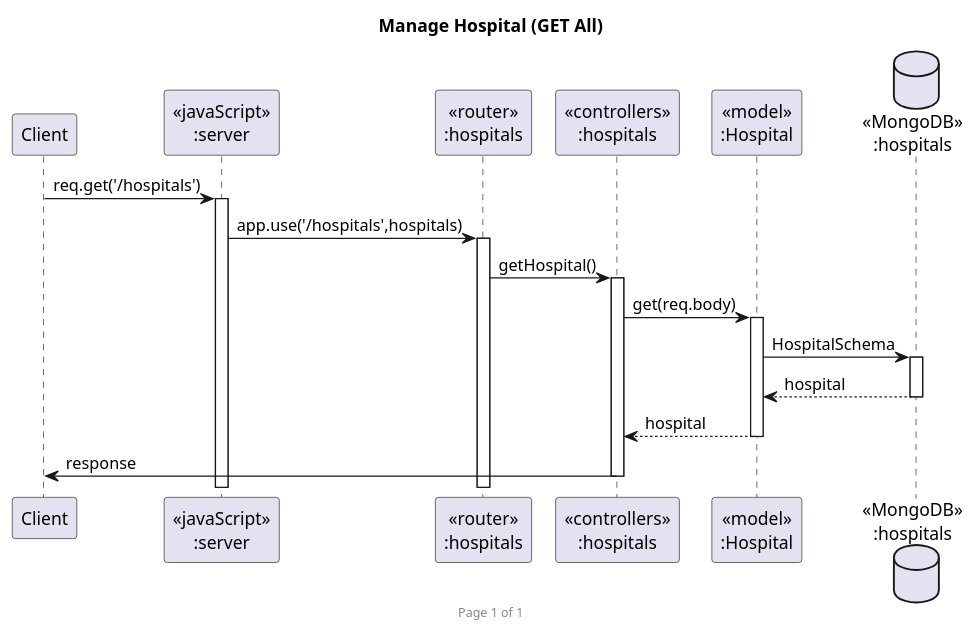
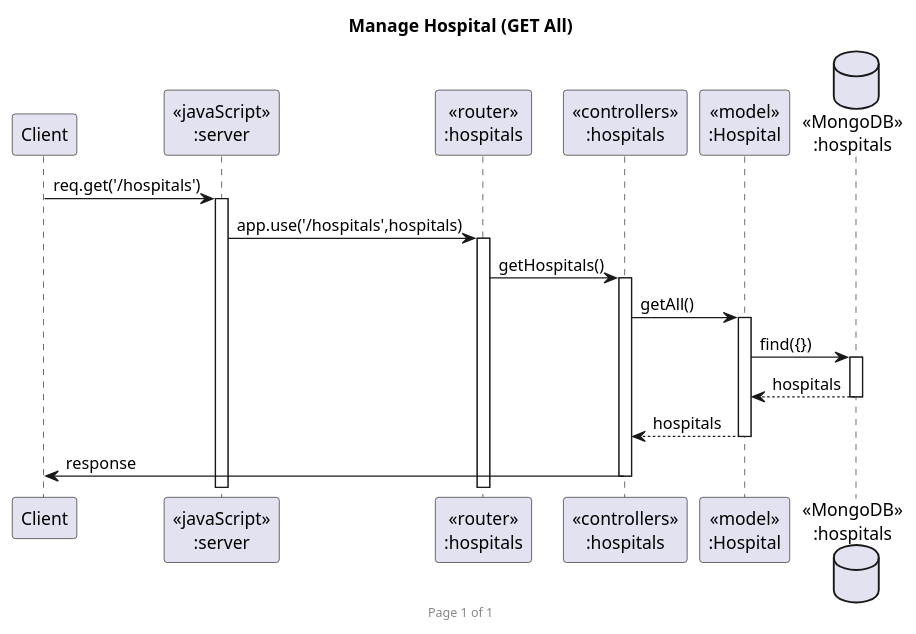
The diagram in VacQ/VacQSeq_getall.puml (JirayutP/SE_Dev), drawn with PlantUML before and after one commit. The commit also changed 5 other files, not shown here.

```diff
--- a/VacQ/VacQSeq_getall.puml
+++ b/VacQ/VacQSeq_getall.puml
@@ -1,22 +1,22 @@
 @startuml Manage Hospital (GET All)
 
 footer Page %page% of %lastpage%
 title "Manage Hospital (GET All)"
 
 participant "Client" as client
 participant "<<javaScript>>\n:server" as server
 participant "<<router>>\n:hospitals" as routerHospitals
 participant "<<controllers>>\n:hospitals" as controllersHospitals
 participant "<<model>>\n:Hospital" as modelHospital
 database "<<MongoDB>>\n:hospitals" as HospitalsDatabase
 
 client->server ++:req.get('/hospitals')
 server->routerHospitals ++:app.use('/hospitals',hospitals)
-routerHospitals -> controllersHospitals ++:getHospital()
-controllersHospitals->modelHospital ++:get(req.body)
-modelHospital ->HospitalsDatabase ++: HospitalSchema
-HospitalsDatabase --> modelHospital --: hospital
-controllersHospitals <-- modelHospital --:hospital
+routerHospitals -> controllersHospitals ++:getHospitals()
+controllersHospitals->modelHospital ++:getAll()
+modelHospital ->HospitalsDatabase ++: find({})
+HospitalsDatabase --> modelHospital --: hospitals
+controllersHospitals <-- modelHospital --:hospitals
 controllersHospitals->client --:response
 
 @enduml
```
